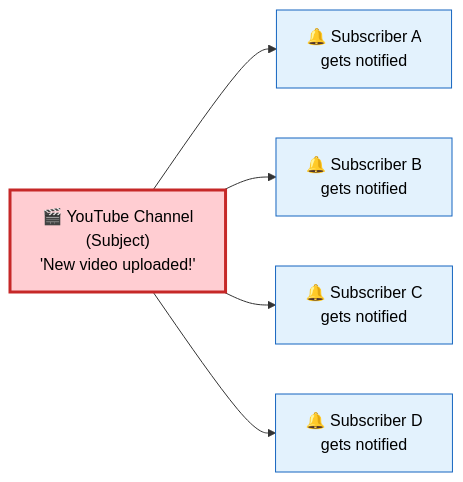
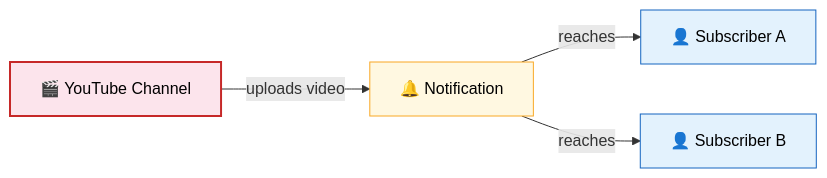
One commit to saivamsikaruturi/vamsilabs-dev-notes-main changed the first of 3 diagrams in docs/designpatterns/behaviouralDesignPatterns/ObserverDesignPattern.md. Above: the diagram before and after it, drawn with Mermaid. The commit also changed other lines of this file and 42 other files, not shown here.

````diff
--- a/docs/designpatterns/behaviouralDesignPatterns/ObserverDesignPattern.md
+++ b/docs/designpatterns/behaviouralDesignPatterns/ObserverDesignPattern.md
@@ -12,13 +12,10 @@
 ```mermaid
 flowchart LR
-    YT["🎬 YouTube Channel<br/>(Subject)<br/>'New video uploaded!'"] --> N1["🔔 Subscriber A<br/>gets notified"]
-    YT --> N2["🔔 Subscriber B<br/>gets notified"]
-    YT --> N3["🔔 Subscriber C<br/>gets notified"]
-    YT --> N4["🔔 Subscriber D<br/>gets notified"]
-    
-    style YT fill:#FFCDD2,stroke:#C62828,stroke-width:3px,color:#000
-    style N1 fill:#E3F2FD,stroke:#1565C0,color:#000
-    style N2 fill:#E3F2FD,stroke:#1565C0,color:#000
-    style N3 fill:#E3F2FD,stroke:#1565C0,color:#000
-    style N4 fill:#E3F2FD,stroke:#1565C0,color:#000
+    YT["🎬 YouTube Channel"] -->|"uploads video"| N["🔔 Notification"] -->|"reaches"| SA["👤 Subscriber A"]
+    N -->|"reaches"| SB["👤 Subscriber B"]
+
+    style YT fill:#FCE4EC,stroke:#C62828,stroke-width:2px,color:#000
+    style N fill:#FFF8E1,stroke:#F9A825,color:#000
+    style SA fill:#E3F2FD,stroke:#1565C0,color:#000
+    style SB fill:#E3F2FD,stroke:#1565C0,color:#000
 ```
````
